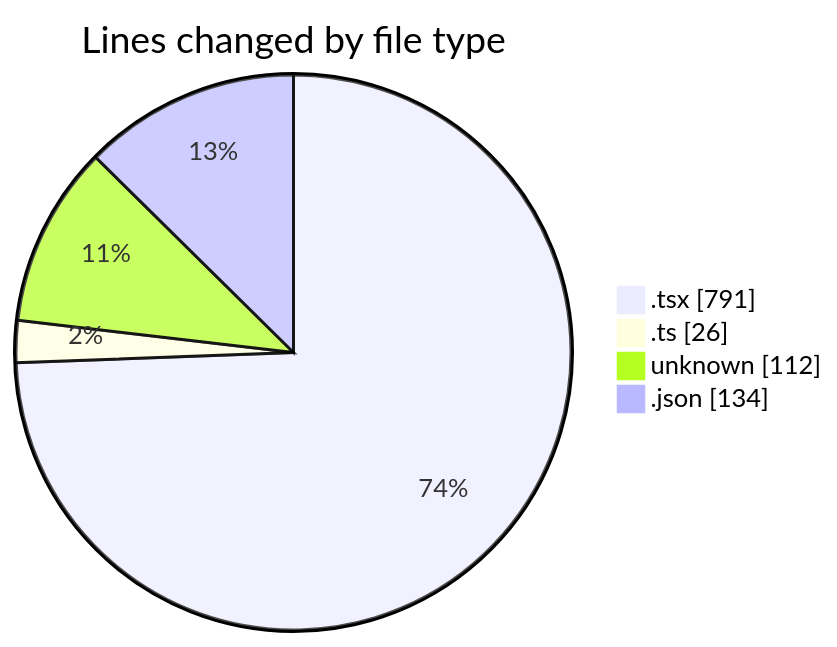
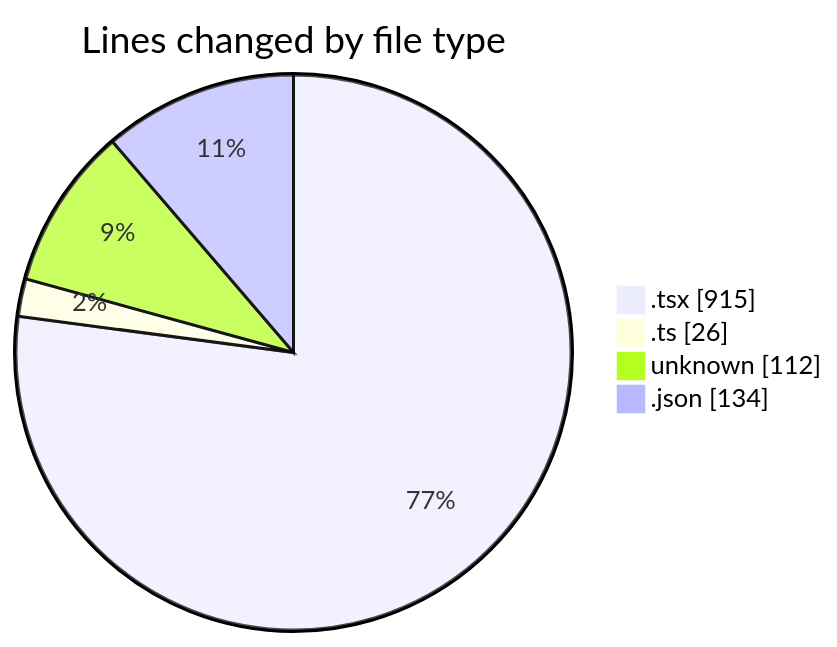
The first of 2 diagrams in 2026-04-28/cda/README.md (momahboobian/code-tracking), drawn with Mermaid before and after one commit. The commit also changed other lines of this file and 1 other file, not shown here.

````diff
--- a/2026-04-28/cda/README.md
+++ b/2026-04-28/cda/README.md
@@ -27,8 +27,8 @@
 ```mermaid
 pie showData
 title Lines changed by file type
-".tsx" : 791
+".tsx" : 915
 ".ts" : 26
 "unknown" : 112
 ".json" : 134
 ```
````
